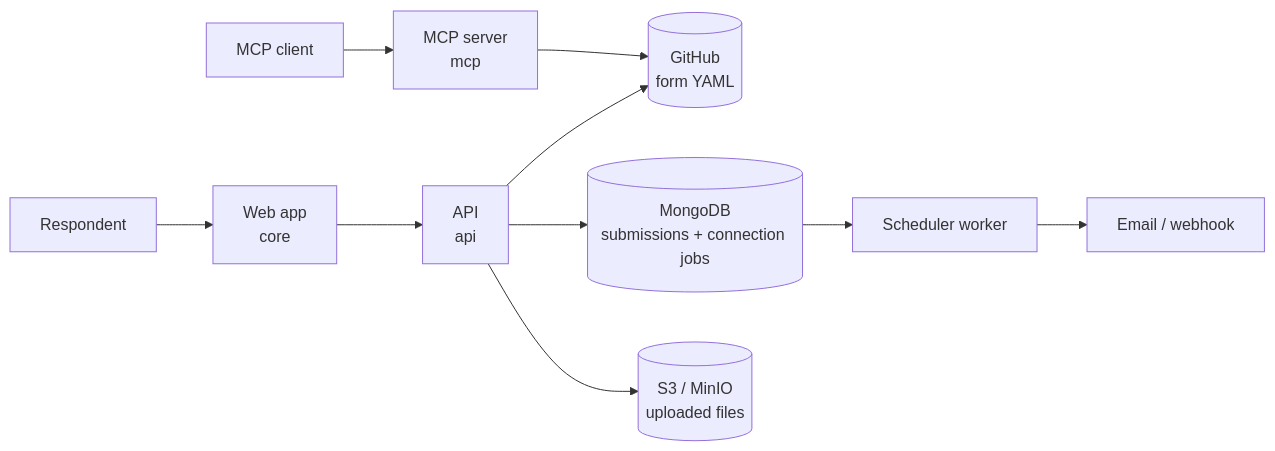
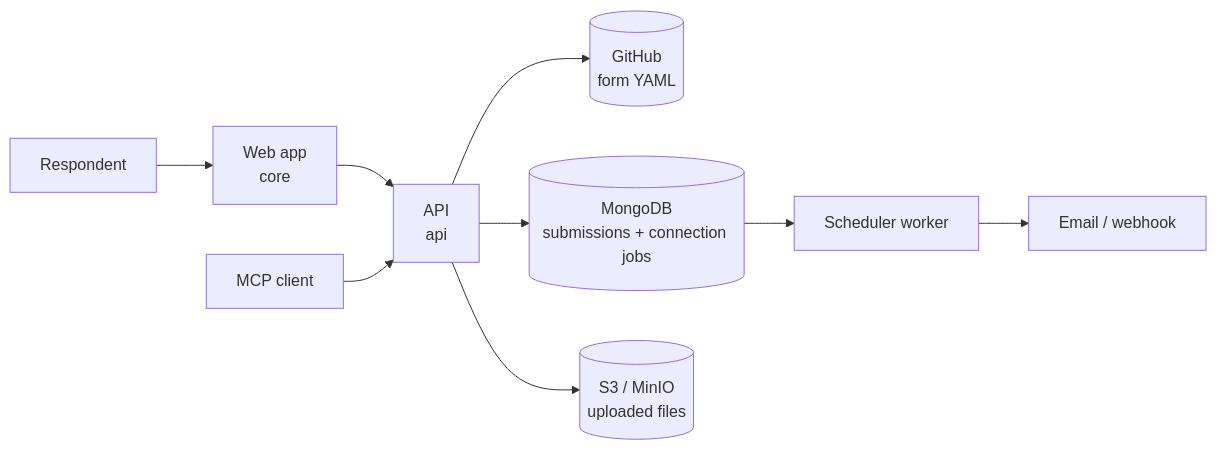
Before and after one commit to declarativeforms/core: the diagram in README.md, drawn with Mermaid. The commit also changed other lines of this file and 59 other files, not shown here.

````diff
--- a/README.md
+++ b/README.md
@@ -320,12 +360,11 @@
 ```mermaid
 flowchart LR
   A[Respondent] --> B[Web app<br/>core]
   B --> C[API<br/>api]
-  I[MCP client] --> J[MCP server<br/>mcp]
-  J --> D
+  I[MCP client] --> C
   C --> D[(GitHub<br/>form YAML)]
   C --> E[(MongoDB<br/>submissions + connection jobs)]
   C --> F[(S3 / MinIO<br/>uploaded files)]
   E --> G[Scheduler worker]
   G --> H[Email / webhook]
 ```
````
